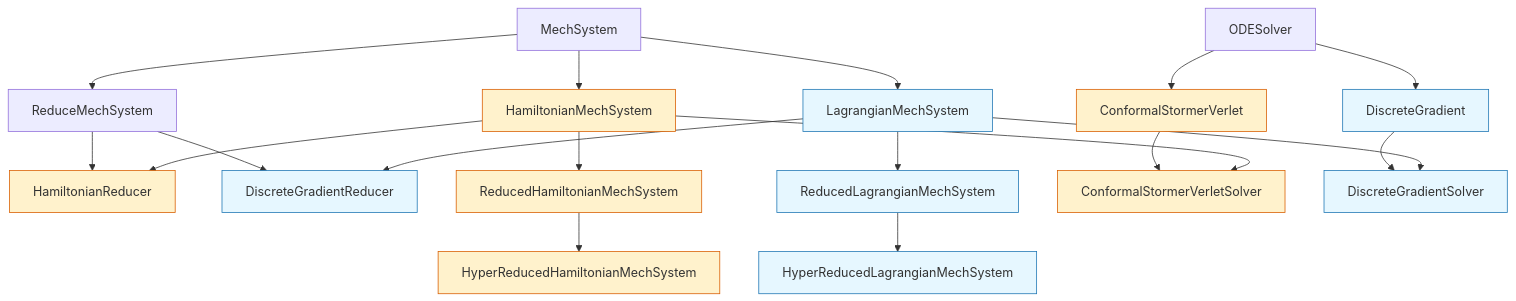
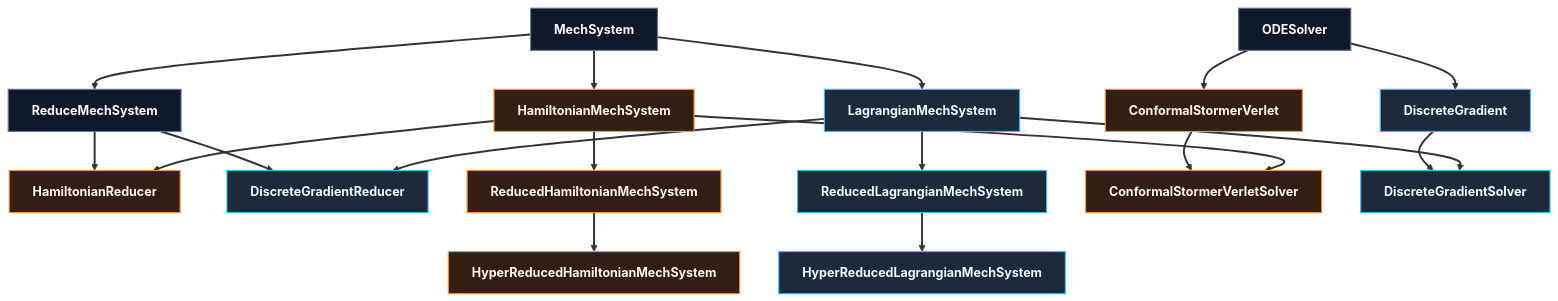
The diagram in README.md (ashishbhatt8050/constrained_mechanics), drawn with Mermaid before and after one commit. The commit also changed 5 other files, not shown here.

````diff
--- a/README.md
+++ b/README.md
@@ -22,42 +22,45 @@
 ```mermaid
 flowchart TD
     MechSystem[MechSystem]
     HamiltonianMechSystem[HamiltonianMechSystem]
     LagrangianMechSystem[LagrangianMechSystem]
     ReduceMechSystem[ReduceMechSystem]
     HamiltonianReducer[HamiltonianReducer]
     DiscreteGradientReducer[DiscreteGradientReducer]
     ReducedHamiltonianMechSystem[ReducedHamiltonianMechSystem]
     ReducedLagrangianMechSystem[ReducedLagrangianMechSystem]
     HyperReducedHamiltonianMechSystem[HyperReducedHamiltonianMechSystem]
     HyperReducedLagrangianMechSystem[HyperReducedLagrangianMechSystem]
     ODESolver[ODESolver]
     ConformalStormerVerlet[ConformalStormerVerlet]
     DiscreteGradient[DiscreteGradient]
     ConformalStormerVerletSolver[ConformalStormerVerletSolver]
     DiscreteGradientSolver[DiscreteGradientSolver]
 
     MechSystem --> HamiltonianMechSystem
     MechSystem --> LagrangianMechSystem
     MechSystem --> ReduceMechSystem
     ReduceMechSystem --> HamiltonianReducer
     HamiltonianMechSystem --> HamiltonianReducer
     ReduceMechSystem --> DiscreteGradientReducer
     LagrangianMechSystem --> DiscreteGradientReducer
     HamiltonianMechSystem --> ReducedHamiltonianMechSystem
     LagrangianMechSystem --> ReducedLagrangianMechSystem
     ReducedHamiltonianMechSystem --> HyperReducedHamiltonianMechSystem
     ReducedLagrangianMechSystem --> HyperReducedLagrangianMechSystem
     ODESolver --> DiscreteGradient
     ODESolver --> ConformalStormerVerlet
     DiscreteGradient --> DiscreteGradientSolver
     LagrangianMechSystem --> DiscreteGradientSolver
     ConformalStormerVerlet --> ConformalStormerVerletSolver
     HamiltonianMechSystem --> ConformalStormerVerletSolver
 
 
-    classDef lagrangian fill:#e6f7ff,stroke:#1f77b4,stroke-width:1px;
-    classDef hamiltonian fill:#fff2cc,stroke:#d95f02,stroke-width:1px;
+    linkStyle default stroke-width:2.5px;
+
+    classDef lagrangian fill:#1e293b,stroke:#38bdf8,color:#f0f9ff,stroke-width:1.5px,font-weight:bold;
+    classDef hamiltonian fill:#331e11,stroke:#fb923c,color:#fff7ed,stroke-width:1.5px,font-weight:bold;
+    classDef default fill:#0f172a,stroke:#64748b,color:#f8fafc,stroke-width:1.5px,font-weight:bold;
     class LagrangianMechSystem,DiscreteGradient,DiscreteGradientSolver,DiscreteGradientReducer,ReducedLagrangianMechSystem,HyperReducedLagrangianMechSystem lagrangian;
     class HamiltonianMechSystem,ConformalStormerVerlet,ConformalStormerVerletSolver,HamiltonianReducer,ReducedHamiltonianMechSystem,HyperReducedHamiltonianMechSystem hamiltonian;
 ```
````
